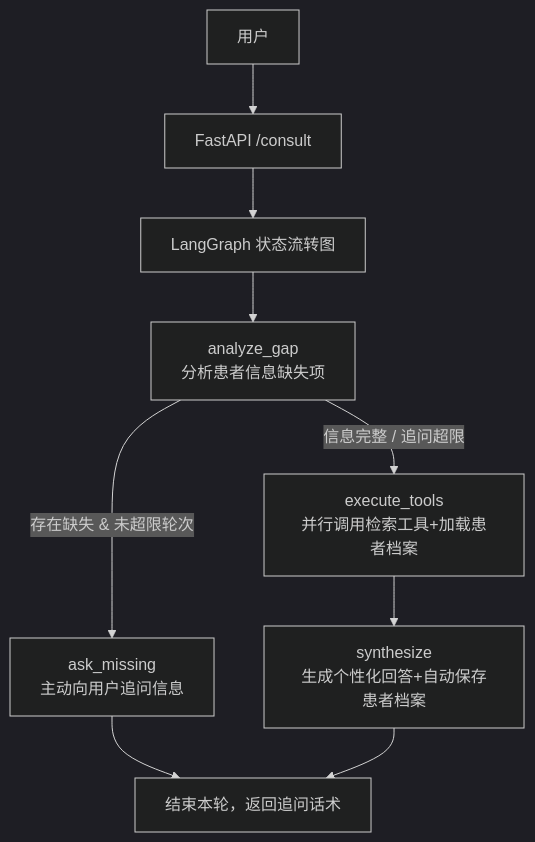
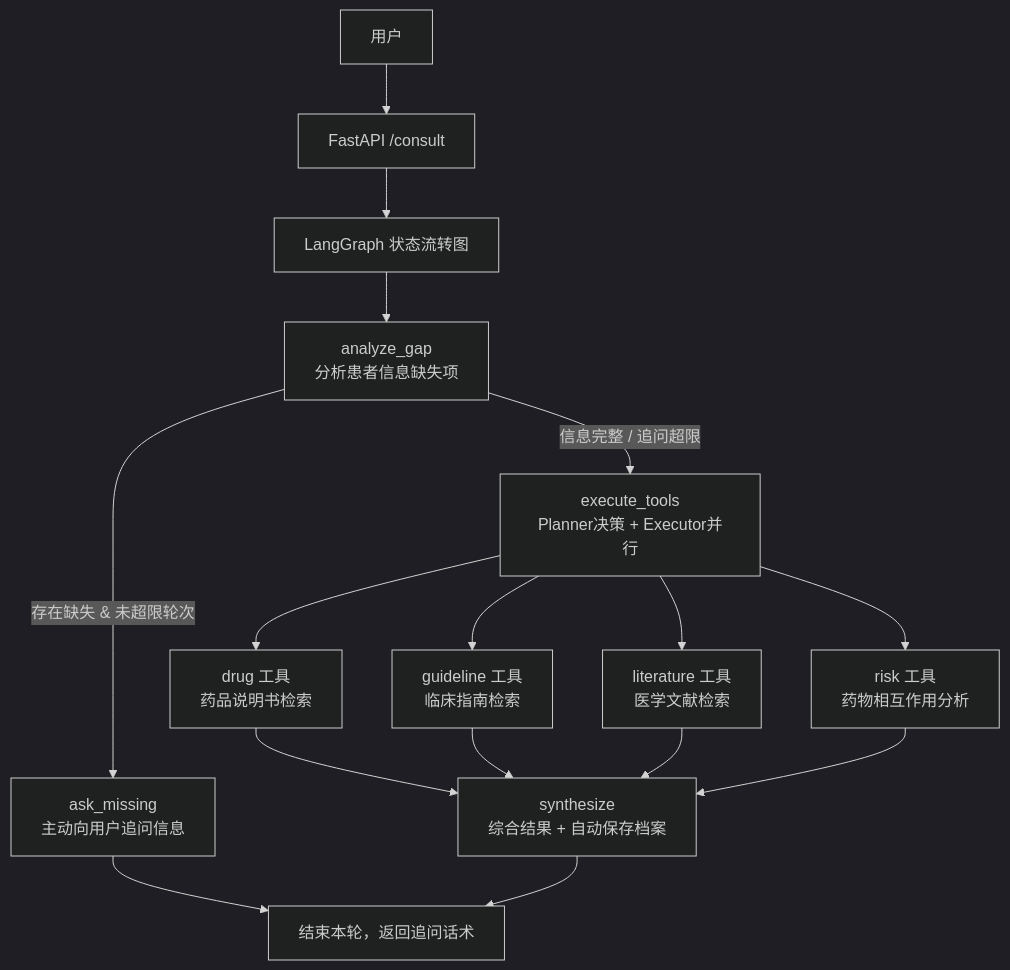
The second of 2 diagrams in README.md (Dillon-Xue/med_agent_v1), drawn with Mermaid (dark theme) before and after one commit. The commit also changed other lines of this file, not shown here.

Commit message:
docs: 更新 README，修改V2架构图

````diff
--- a/README.md
+++ b/README.md
@@ -60,11 +60,18 @@
 ```mermaid
 graph TD
     A[用户] --> B[FastAPI /consult]
     B --> C[LangGraph 状态流转图]
     C --> D[analyze_gap<br>分析患者信息缺失项]
     D -->|存在缺失 & 未超限轮次| E[ask_missing<br>主动向用户追问信息]
-    D -->|信息完整 / 追问超限| F[execute_tools<br>并行调用检索工具+加载患者档案]
+    D -->|信息完整 / 追问超限| F[execute_tools<br>Planner决策 + Executor并行]
     E --> Z[结束本轮，返回追问话术]
-    F --> G[synthesize<br>生成个性化回答+自动保存患者档案]
-    G --> Z
+    F --> G[drug 工具<br>药品说明书检索]
+    F --> H[guideline 工具<br>临床指南检索]
+    F --> I[literature 工具<br>医学文献检索]
+    F --> J[risk 工具<br>药物相互作用分析]
+    G --> K[synthesize<br>综合结果 + 自动保存档案]
+    H --> K
+    I --> K
+    J --> K
+    K --> Z
 ```
````
